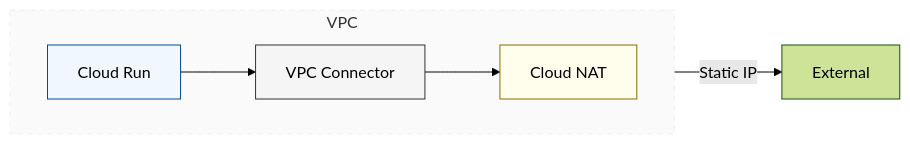
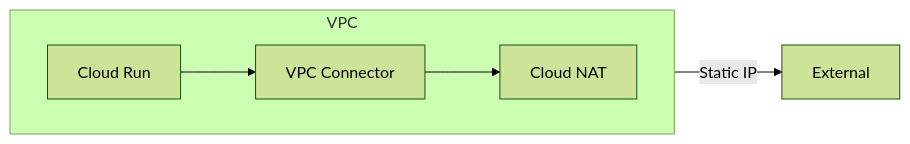
The first of 3 diagrams in 00_README.md (conti0513/development_public), drawn with Mermaid (forest theme) before and after one commit. The commit also changed other lines of this file, not shown here.

`````diff
--- a/00_README.md
+++ b/00_README.md
@@ -13,15 +24,9 @@
 ```mermaid
 graph LR
     subgraph VPC
         direction LR
         CR[Cloud Run] --> SVC[VPC Connector]
         SVC --> NAT[Cloud NAT]
     end
     NAT -->|Static IP| Ext[External]
-
-    style CR fill:#f0f7ff,stroke:#004a99,stroke-width:1px
-    style NAT fill:#fffdeb,stroke:#857000,stroke-width:1px
-    style SVC fill:#f5f5f5,stroke:#333,stroke-width:1px
-    style VPC fill:#fafafa,stroke:#eee,stroke-dasharray: 5 5
-
-```
+````
`````
